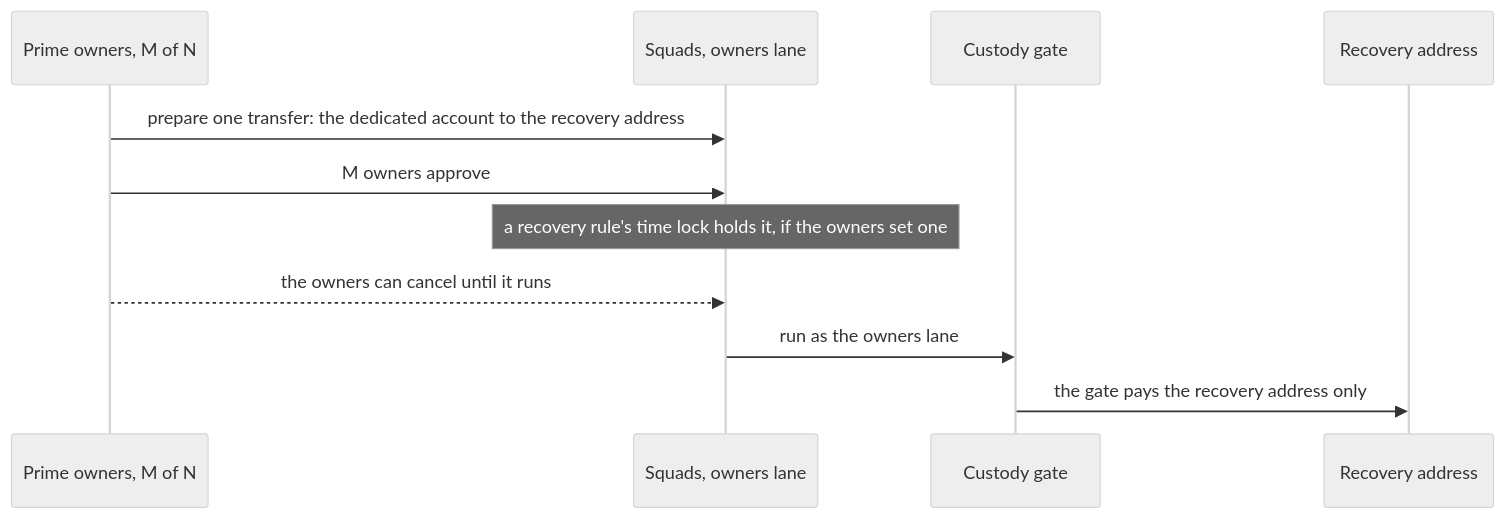
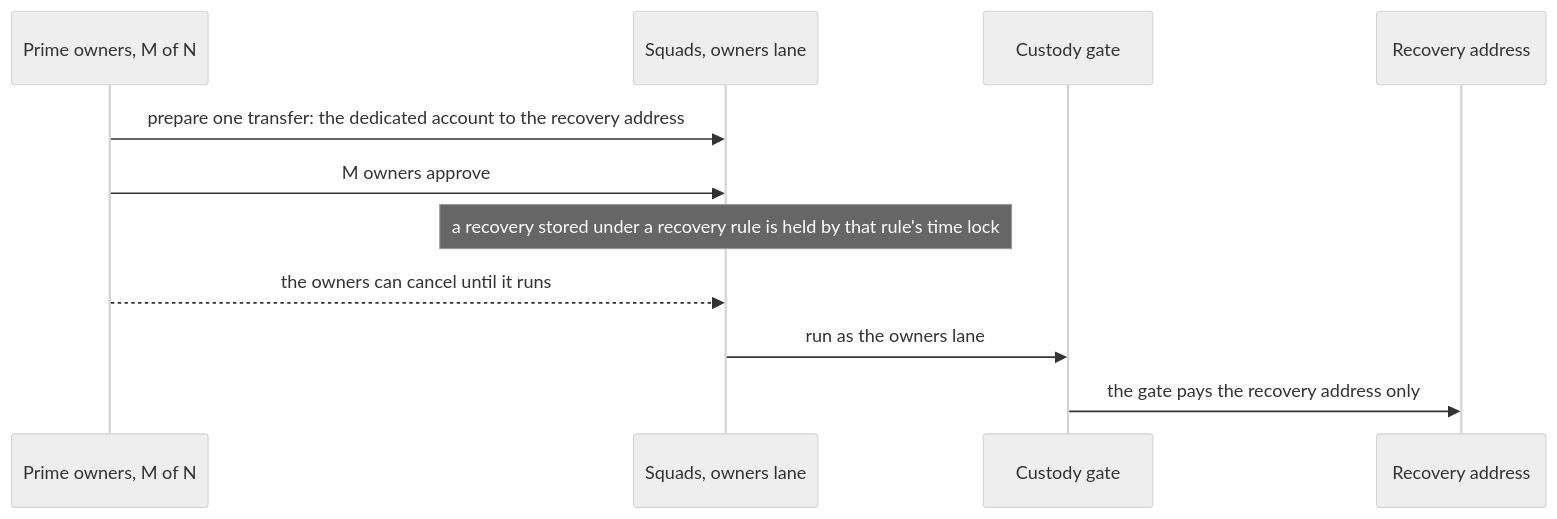
The second of 2 diagrams in contracts/prime/solana/SETUP-AND-RECOVERY.md (untangledfinance/oz-policy-builder), drawn with Mermaid (neutral theme) before and after one commit. The commit also changed other lines of this file and 1 other file, not shown here.

First line of the commit message:
docs(prime-solana): scope the recovery wait to the gate-card recovery, and add the units and Lapsed fold

````diff
--- a/contracts/prime/solana/SETUP-AND-RECOVERY.md
+++ b/contracts/prime/solana/SETUP-AND-RECOVERY.md
@@ -584,13 +586,13 @@
 ```mermaid
 sequenceDiagram
   participant O as Prime owners, M of N
   participant S as Squads, owners lane
   participant G as Custody gate
   participant R as Recovery address
   O->>S: prepare one transfer: the dedicated account to the recovery address
   O->>S: M owners approve
-  Note over S: a recovery rule's time lock holds it, if the owners set one
+  Note over S: a recovery stored under a recovery rule is held by that rule's time lock
   O-->>S: the owners can cancel until it runs
   S->>G: run as the owners lane
   G->>R: the gate pays the recovery address only
 ```
````
